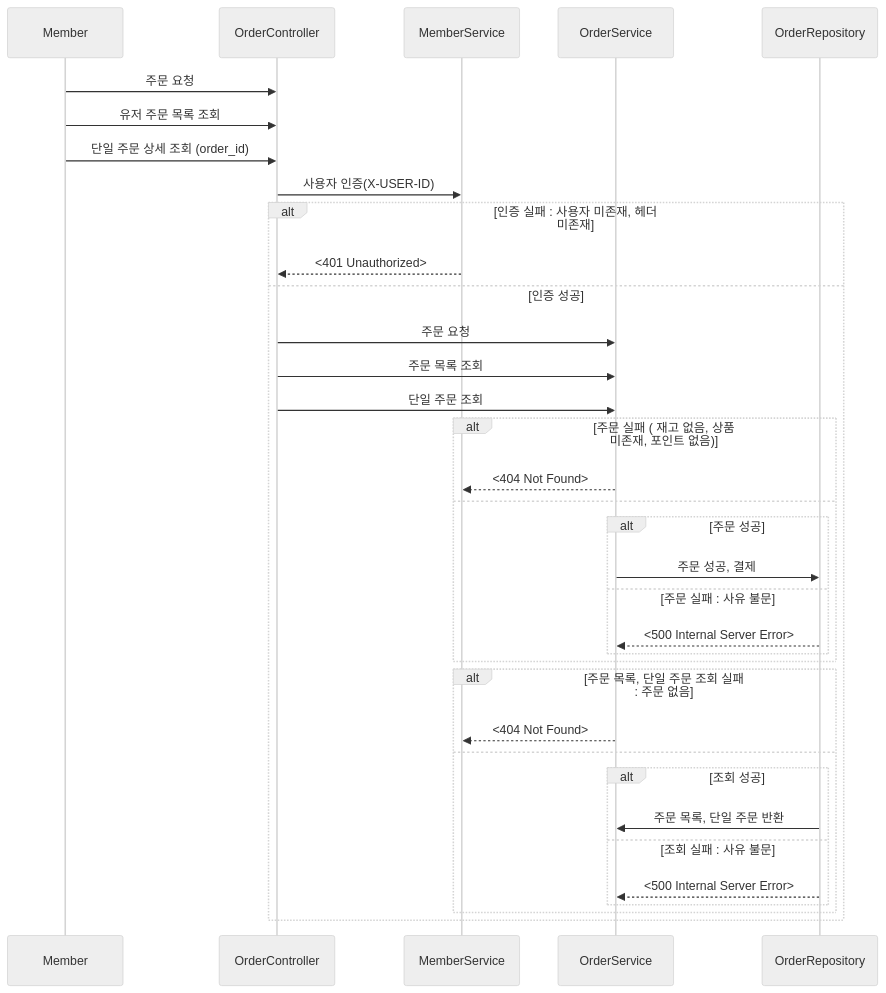
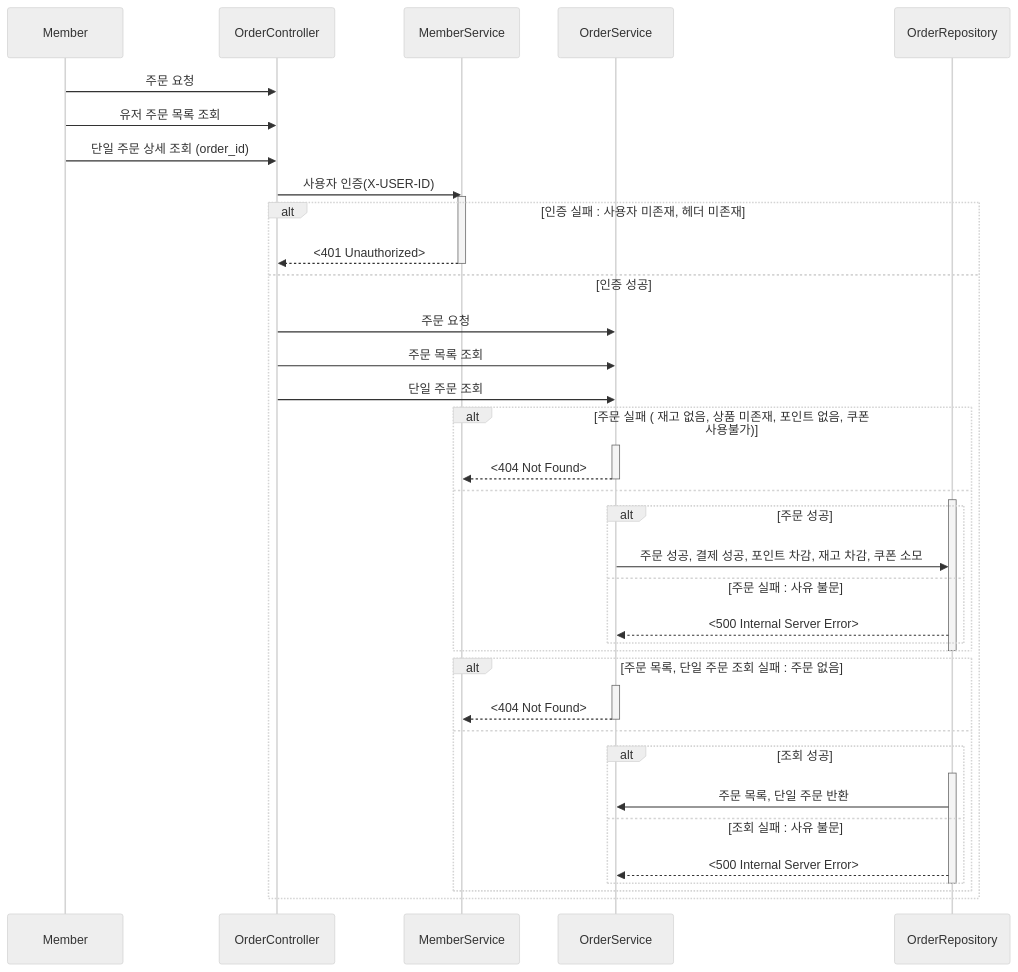
Before and after one commit to impwy/loopers-ecommerce: the fourth of 4 diagrams in docs/design/02-sequence-diagrams.md, drawn with Mermaid (neutral theme). The commit also changed other lines of this file and 80 other files, not shown here.

````diff
--- a/docs/design/02-sequence-diagrams.md
+++ b/docs/design/02-sequence-diagrams.md
@@ -88,37 +115,49 @@
 ```mermaid
 sequenceDiagram
     participant M as Member
     participant OC as OrderController
     participant MS as MemberService
     participant OS as OrderService
     participant OR as OrderRepository
+    
     M ->> OC: 주문 요청
     M ->> OC: 유저 주문 목록 조회
     M ->> OC: 단일 주문 상세 조회 (order_id)
+    
     OC ->> MS: 사용자 인증(X-USER-ID)
+    activate MS
     alt 인증 실패 : 사용자 미존재, 헤더 미존재
         MS -->> OC: <401 Unauthorized>
+        deactivate MS
     else 인증 성공
         OC ->> OS: 주문 요청
         OC ->> OS: 주문 목록 조회
         OC ->> OS: 단일 주문 조회
-        alt 주문 실패 ( 재고 없음, 상품 미존재, 포인트 없음)
+        alt 주문 실패 ( 재고 없음, 상품 미존재, 포인트 없음, 쿠폰 사용불가)
+        activate OS
             OS -->> MS: <404 Not Found>
+            deactivate OS
         else
+        activate OR
             alt 주문 성공
-                OS ->> OR: 주문 성공, 결제
+                OS ->> OR: 주문 성공, 결제 성공, 포인트 차감, 재고 차감, 쿠폰 소모
             else 주문 실패 : 사유 불문
                 OR -->> OS: <500 Internal Server Error>
             end
         end
+        deactivate OR
         alt 주문 목록, 단일 주문 조회 실패 : 주문 없음
+        activate OS
             OS -->> MS: <404 Not Found>
+            deactivate OS
         else
             alt 조회 성공
+            activate OR
                 OR ->> OS: 주문 목록, 단일 주문 반환
             else 조회 실패 : 사유 불문
                 OR -->> OS: <500 Internal Server Error>
             end
+            deactivate OR
         end
     end
 ```
````
